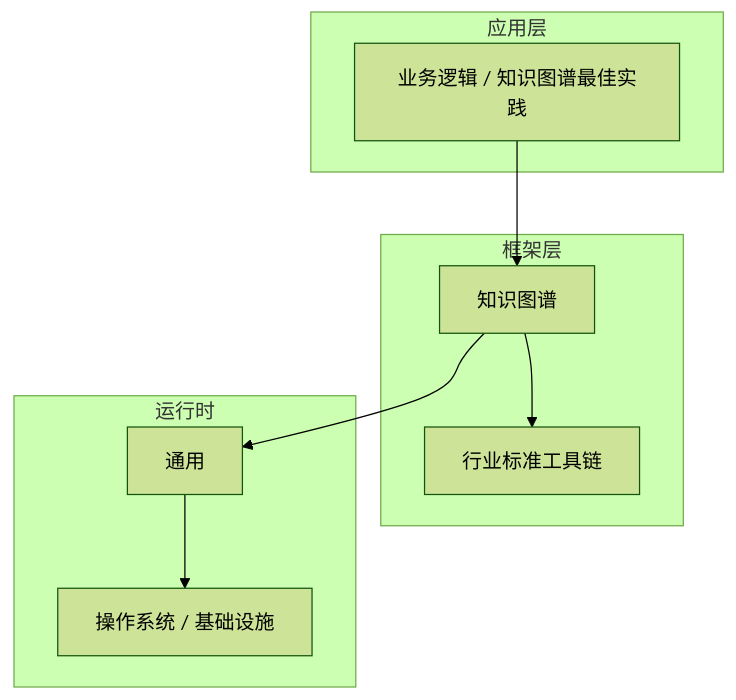
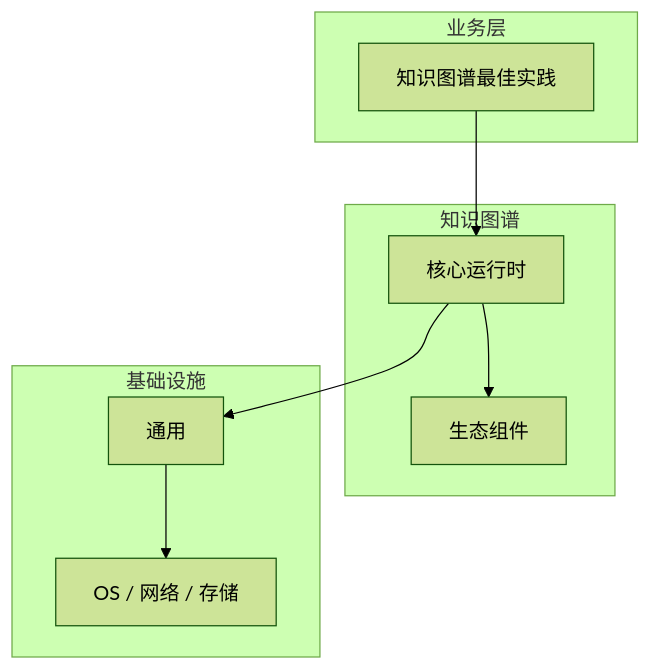
Before and after one commit to yanggan2015/knowledge-json-v2: the diagram in articles/知识图谱/chapters/056-知识图谱最佳实践核心概念与原理.md, drawn with Mermaid (forest theme). The commit also changed other lines of this file and 10127 other files, not shown here.

````diff
--- a/articles/知识图谱/chapters/056-知识图谱最佳实践核心概念与原理.md
+++ b/articles/知识图谱/chapters/056-知识图谱最佳实践核心概念与原理.md
@@ -45,18 +34,18 @@
 ```mermaid
 graph TB
-    subgraph 应用层
-        A[业务逻辑 / 知识图谱最佳实践]
+    subgraph 业务层
+        A[知识图谱最佳实践]
     end
-    subgraph 框架层
-        B[知识图谱]
-        C[行业标准工具链]
+    subgraph 知识图谱
+        B[核心运行时]
+        C[生态组件]
     end
-    subgraph 运行时
+    subgraph 基础设施
         D[通用]
-        E[操作系统 / 基础设施]
+        E[OS / 网络 / 存储]
     end
     A --> B
     B --> C
     B --> D
     D --> E
 ```
````
